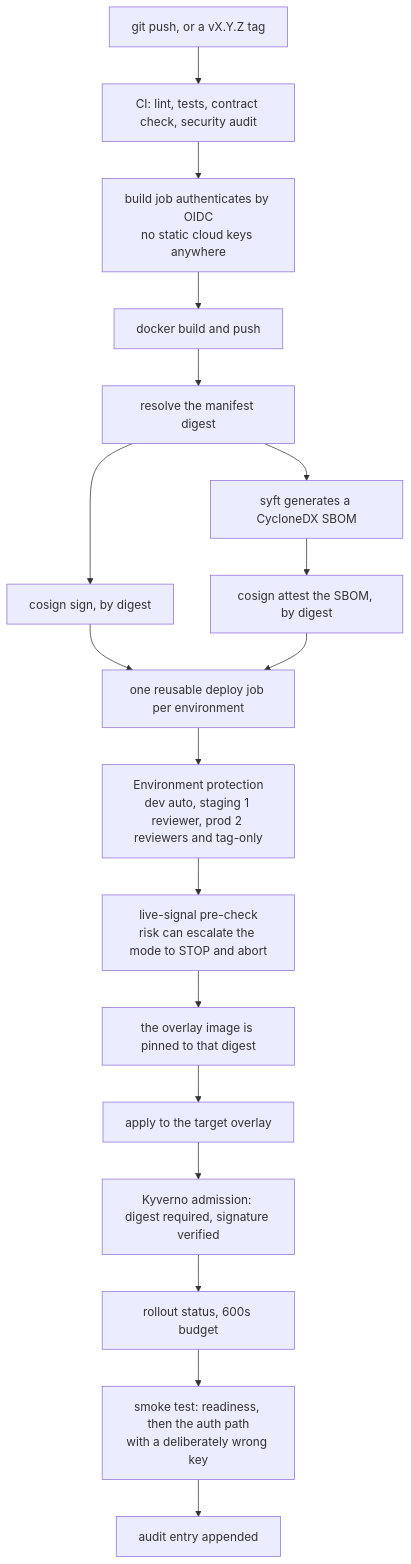
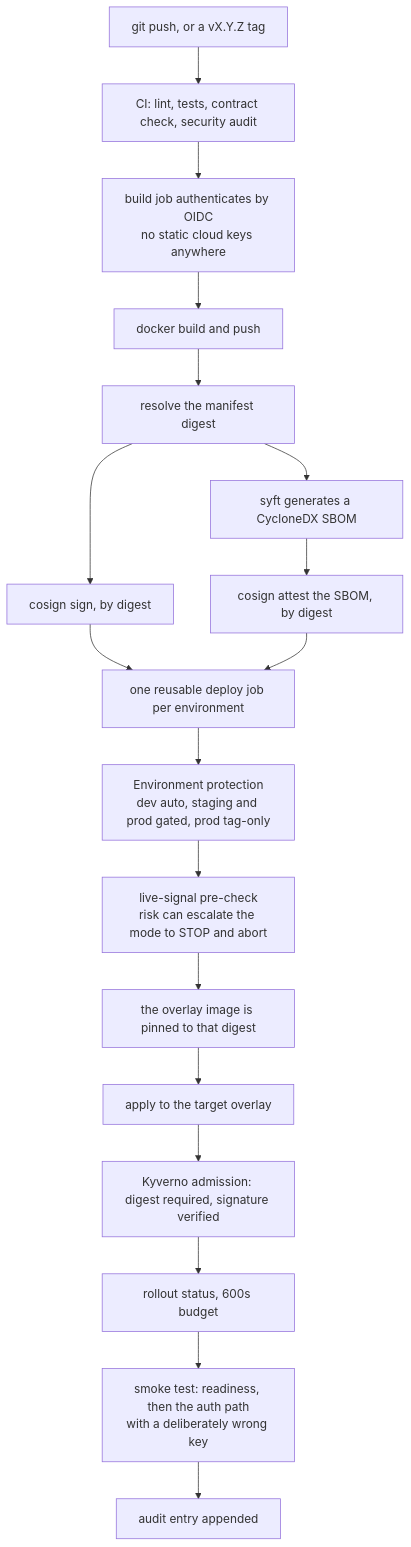
One commit to DuqueOM/ML-MLOps-Portfolio changed the first of 4 diagrams in docs/template.md. Above: the diagram before and after it, drawn with Mermaid. The commit also changed other lines of this file, not shown here.

````diff
--- a/docs/template.md
+++ b/docs/template.md
@@ -212,20 +212,20 @@
 ```mermaid
 flowchart TD
     A["git push, or a vX.Y.Z tag"] --> B["CI: lint, tests, contract check, security audit"]
     B --> C["build job authenticates by OIDC<br/>no static cloud keys anywhere"]
     C --> D["docker build and push"]
     D --> E["resolve the manifest digest"]
     E --> F["cosign sign, by digest"]
     E --> G["syft generates a CycloneDX SBOM"]
     G --> H["cosign attest the SBOM, by digest"]
     F --> I["one reusable deploy job per environment"]
     H --> I
-    I --> J["Environment protection<br/>dev auto, staging 1 reviewer, prod 2 reviewers and tag-only"]
+    I --> J["Environment protection<br/>dev auto, staging and prod gated, prod tag-only"]
     J --> K["live-signal pre-check<br/>risk can escalate the mode to STOP and abort"]
     K --> L["the overlay image is pinned to that digest"]
     L --> M["apply to the target overlay"]
     M --> N["Kyverno admission: digest required, signature verified"]
     N --> O["rollout status, 600s budget"]
     O --> P["smoke test: readiness, then the auth path<br/>with a deliberately wrong key"]
     P --> Q["audit entry appended"]
 ```
````
